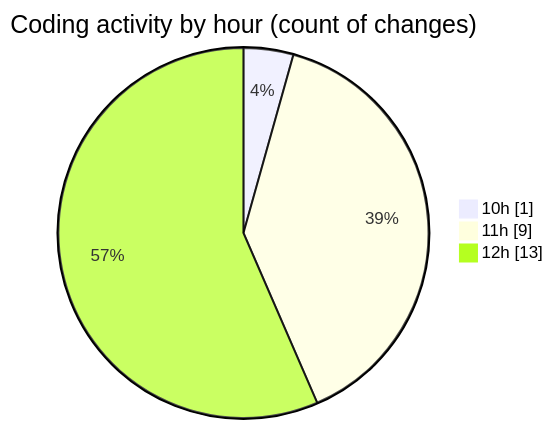
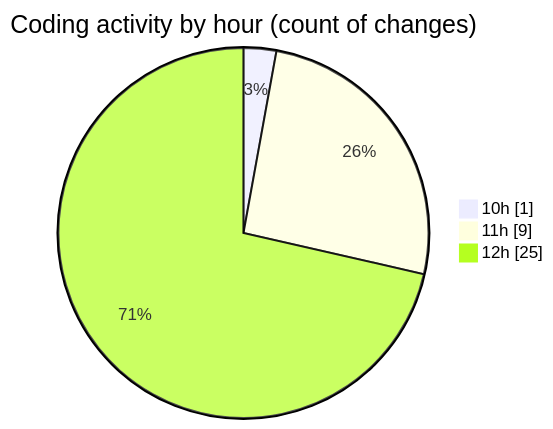
Before and after one commit to nxtqubesakshisongat/code-tracking: the second of 2 diagrams in 2025-07-10/argos/README.md, drawn with Mermaid. The commit also changed other lines of this file and 1 other file, not shown here.

````diff
--- a/2025-07-10/argos/README.md
+++ b/2025-07-10/argos/README.md
@@ -30,7 +30,7 @@
 ```mermaid
 pie showData
 title Coding activity by hour (count of changes)
 "10h" : 1
 "11h" : 9
-"12h" : 13
+"12h" : 25
 ```
````
